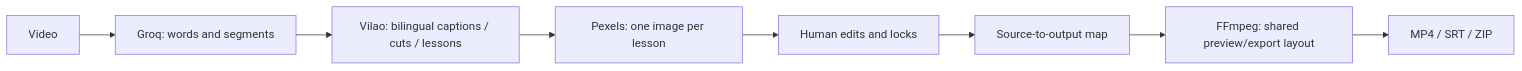
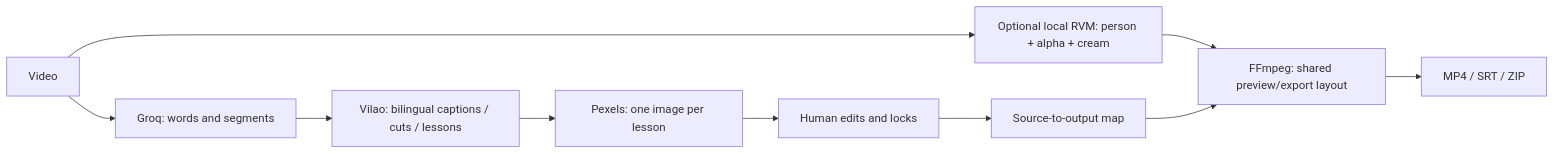
One commit to ngonco/daytiengviet changed the diagram in system_map_daytiengviet.md. Above: the diagram before and after it, drawn with Mermaid. The commit also changed other lines of this file and 25 other files, not shown here.

````diff
--- a/system_map_daytiengviet.md
+++ b/system_map_daytiengviet.md
@@ -20,10 +20,12 @@
 ```mermaid
 flowchart LR
     Video --> STT[Groq: words and segments]
     STT --> AI[Vilao: bilingual captions / cuts / lessons]
     AI --> Images[Pexels: one image per lesson]
     Images --> Edit[Human edits and locks]
     Edit --> Timeline[Source-to-output map]
+    Video --> Matting[Optional local RVM: person + alpha + cream]
+    Matting --> Render
     Timeline --> Render[FFmpeg: shared preview/export layout]
     Render --> Output[MP4 / SRT / ZIP]
 ```
````
